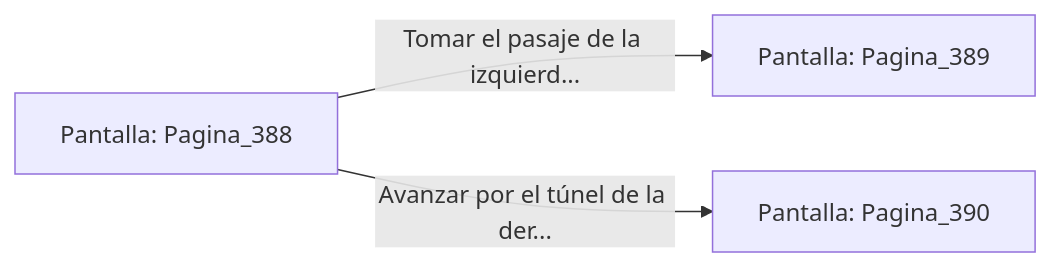
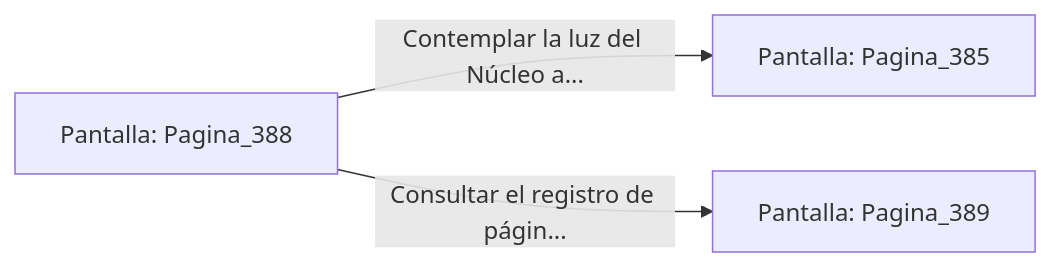
The diagram in sample/eligejuego-vault/Pantalla_Pagina_388.md (metsuke/mpl), drawn with Mermaid before and after one commit. The commit also changed other lines of this file and 635 other files, not shown here.

First line of the commit message:
fix: añadir Pagina_1 como pantalla inicial en capitulo_01.mpl

````diff
--- a/sample/eligejuego-vault/Pantalla_Pagina_388.md
+++ b/sample/eligejuego-vault/Pantalla_Pagina_388.md
@@ -20,6 +22,6 @@
 ```mermaid
 graph LR
     P_Pagina_388["Pantalla: Pagina_388"]
-    P_Pagina_388 -->|"Tomar el pasaje de la izquierd..."| P_Pagina_389["Pantalla: Pagina_389"]
-    P_Pagina_388 -->|"Avanzar por el túnel de la der..."| P_Pagina_390["Pantalla: Pagina_390"]
+    P_Pagina_388 -->|"Contemplar la luz del Núcleo a..."| P_Pagina_385["Pantalla: Pagina_385"]
+    P_Pagina_388 -->|"Consultar el registro de págin..."| P_Pagina_389["Pantalla: Pagina_389"]
 ```
````
